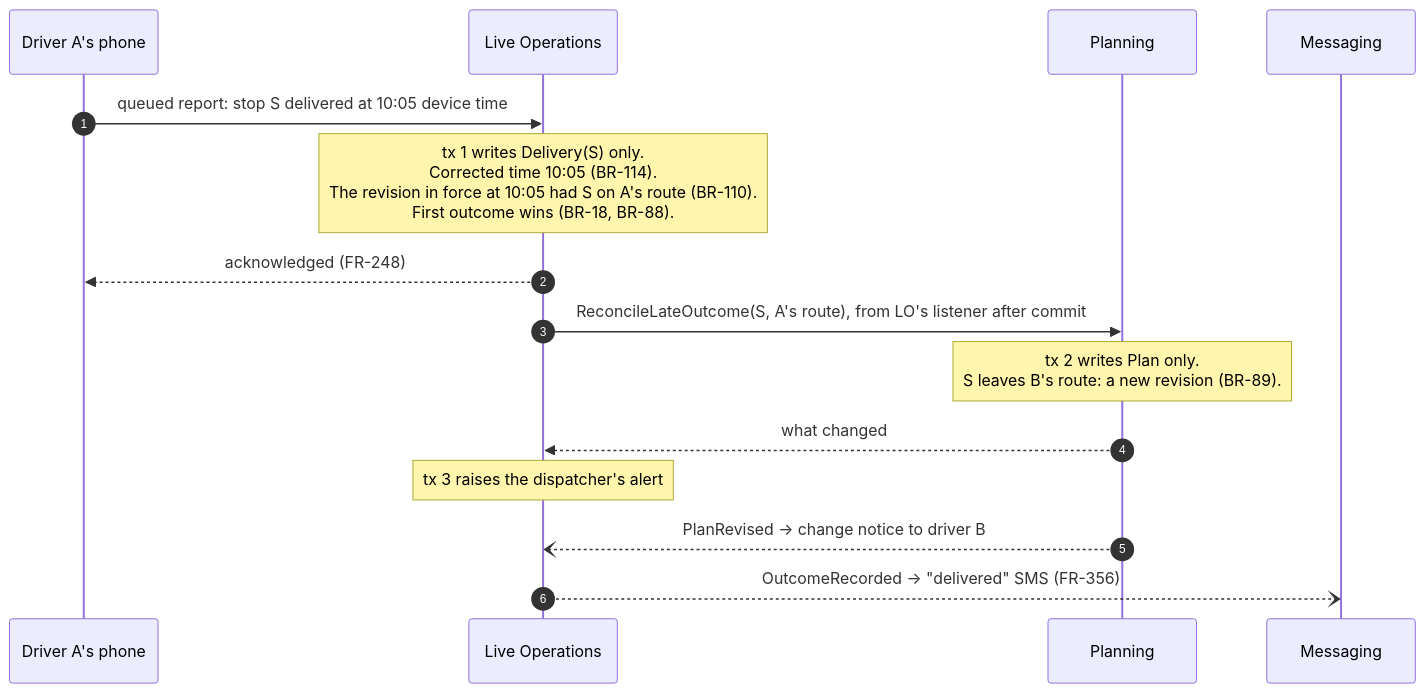
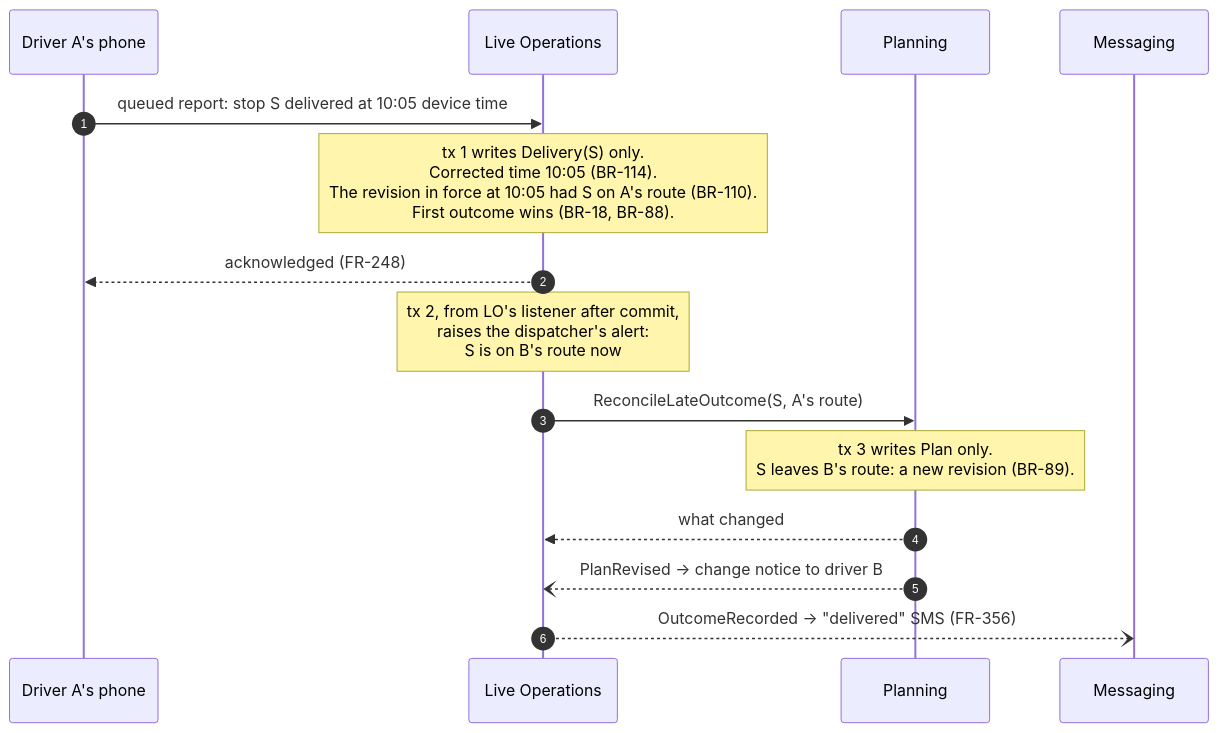
The third of 10 diagrams in docs/architecture/domain_layer/domain_layer_design.md (NaimElijah/DispatchFlow), drawn with Mermaid before and after one commit. The commit also changed other lines of this file and 12 other files, not shown here.

````diff
--- a/docs/architecture/domain_layer/domain_layer_design.md
+++ b/docs/architecture/domain_layer/domain_layer_design.md
@@ -1092,17 +1094,17 @@
 ```mermaid
 sequenceDiagram
   autonumber
   participant P as Driver A's phone
   participant LO as Live Operations
   participant PL as Planning
   participant MS as Messaging
   P->>LO: queued report: stop S delivered at 10:05 device time
   Note over LO: tx 1 writes Delivery(S) only.<br/>Corrected time 10:05 (BR-114).<br/>The revision in force at 10:05 had S on A's route (BR-110).<br/>First outcome wins (BR-18, BR-88).
   LO-->>P: acknowledged (FR-248)
-  LO->>PL: ReconcileLateOutcome(S, A's route), from LO's listener after commit
-  Note over PL: tx 2 writes Plan only.<br/>S leaves B's route: a new revision (BR-89).
+  Note over LO: tx 2, from LO's listener after commit,<br/>raises the dispatcher's alert:<br/>S is on B's route now
+  LO->>PL: ReconcileLateOutcome(S, A's route)
+  Note over PL: tx 3 writes Plan only.<br/>S leaves B's route: a new revision (BR-89).
   PL-->>LO: what changed
-  Note over LO: tx 3 raises the dispatcher's alert
   PL--)LO: PlanRevised → change notice to driver B
   LO--)MS: OutcomeRecorded → "delivered" SMS (FR-356)
 ```
````
